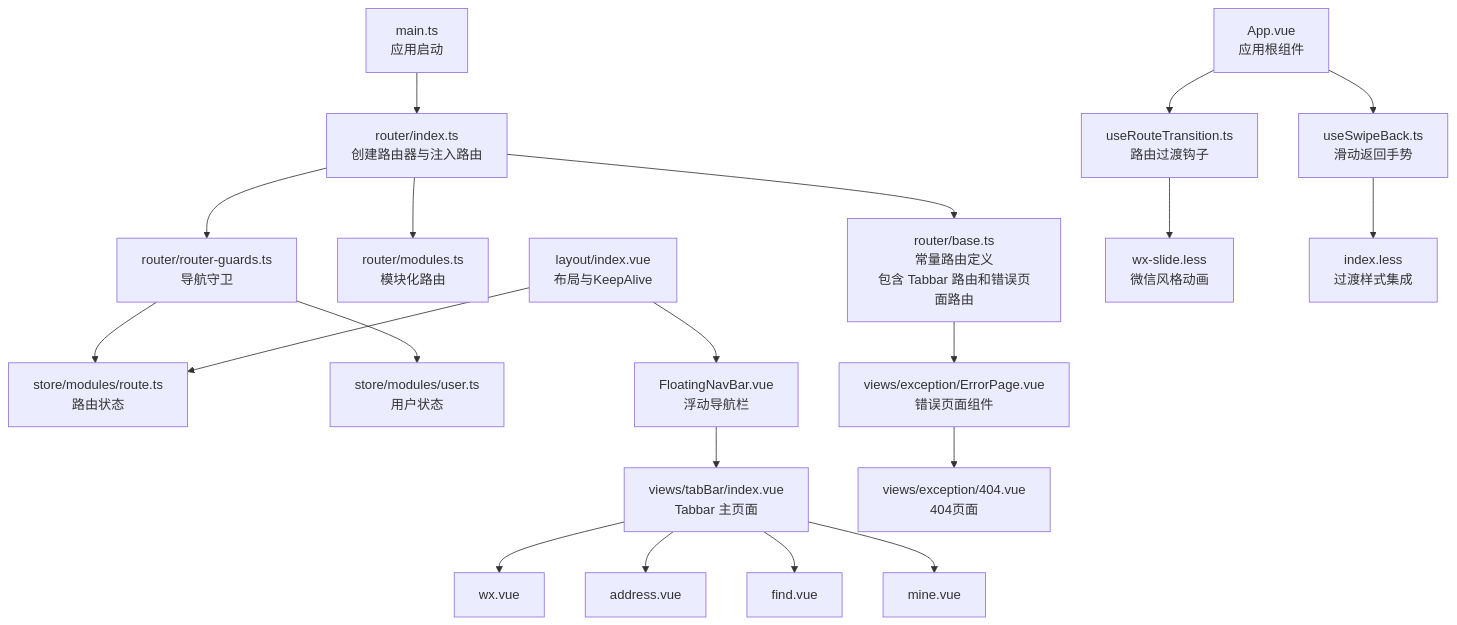
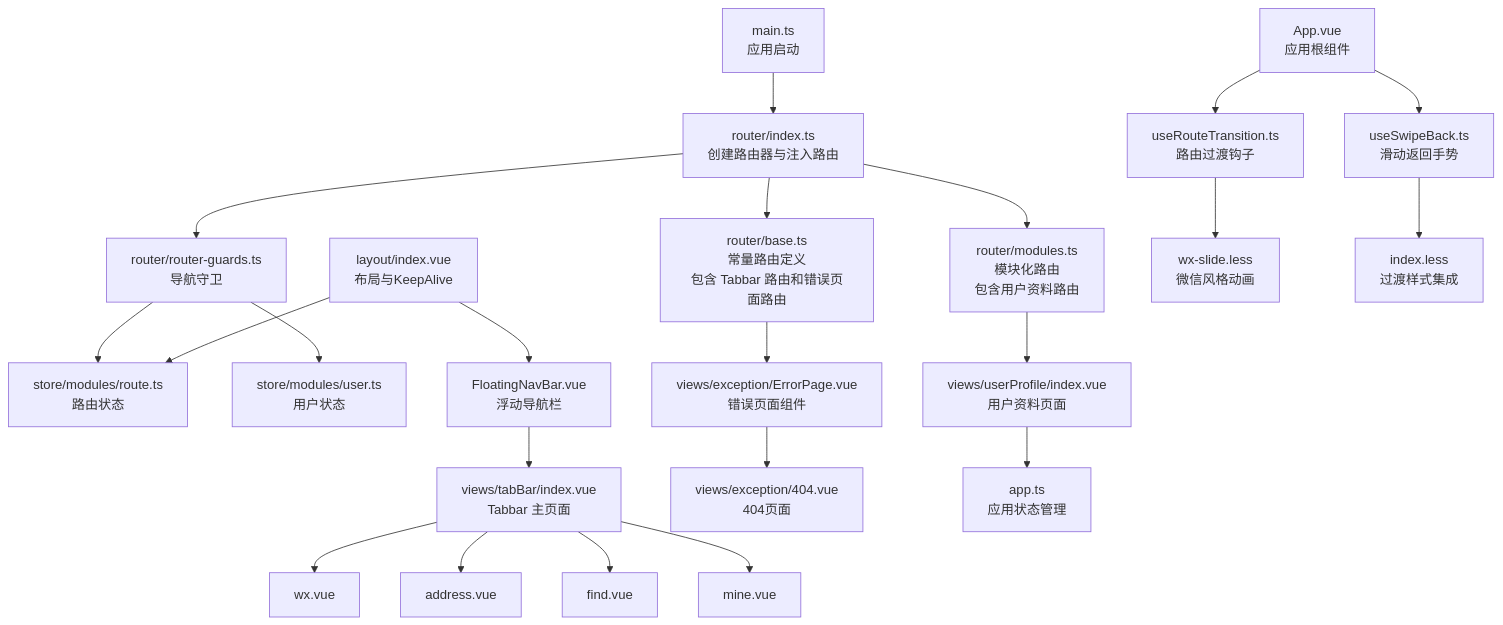
Before and after one commit to giserman001/vue3-vant4-mobile: the first of 13 diagrams in .qoder/repowiki/zh/content/核心系统/路由系统.md, drawn with Mermaid. The commit also changed other lines of this file and 13 other files, not shown here.

````diff
--- a/.qoder/repowiki/zh/content/核心系统/路由系统.md
+++ b/.qoder/repowiki/zh/content/核心系统/路由系统.md
@@ -68,22 +72,24 @@
 ```mermaid
 graph TB
 A["main.ts<br/>应用启动"] --> B["router/index.ts<br/>创建路由器与注入路由"]
 B --> C["router/base.ts<br/>常量路由定义<br/>包含 Tabbar 路由和错误页面路由"]
-B --> D["router/modules.ts<br/>模块化路由"]
+B --> D["router/modules.ts<br/>模块化路由<br/>包含用户资料路由"]
 B --> E["router/router-guards.ts<br/>导航守卫"]
 E --> F["store/modules/route.ts<br/>路由状态"]
 E --> G["store/modules/user.ts<br/>用户状态"]
 H["layout/index.vue<br/>布局与KeepAlive"] --> F
 H --> I["FloatingNavBar.vue<br/>浮动导航栏"]
 I --> J["views/tabBar/index.vue<br/>Tabbar 主页面"]
 J --> K["wx.vue"]
 J --> L["address.vue"]
 J --> M["find.vue"]
 J --> N["mine.vue"]
 O["App.vue<br/>应用根组件"] --> P["useRouteTransition.ts<br/>路由过渡钩子"]
 O --> Q["useSwipeBack.ts<br/>滑动返回手势"]
 P --> R["wx-slide.less<br/>微信风格动画"]
 Q --> S["index.less<br/>过渡样式集成"]
 T["views/exception/ErrorPage.vue<br/>错误页面组件"] --> U["views/exception/404.vue<br/>404页面"]
+V["views/userProfile/index.vue<br/>用户资料页面"] --> W["app.ts<br/>应用状态管理"]
 C --> T
+D --> V
 ```
````
